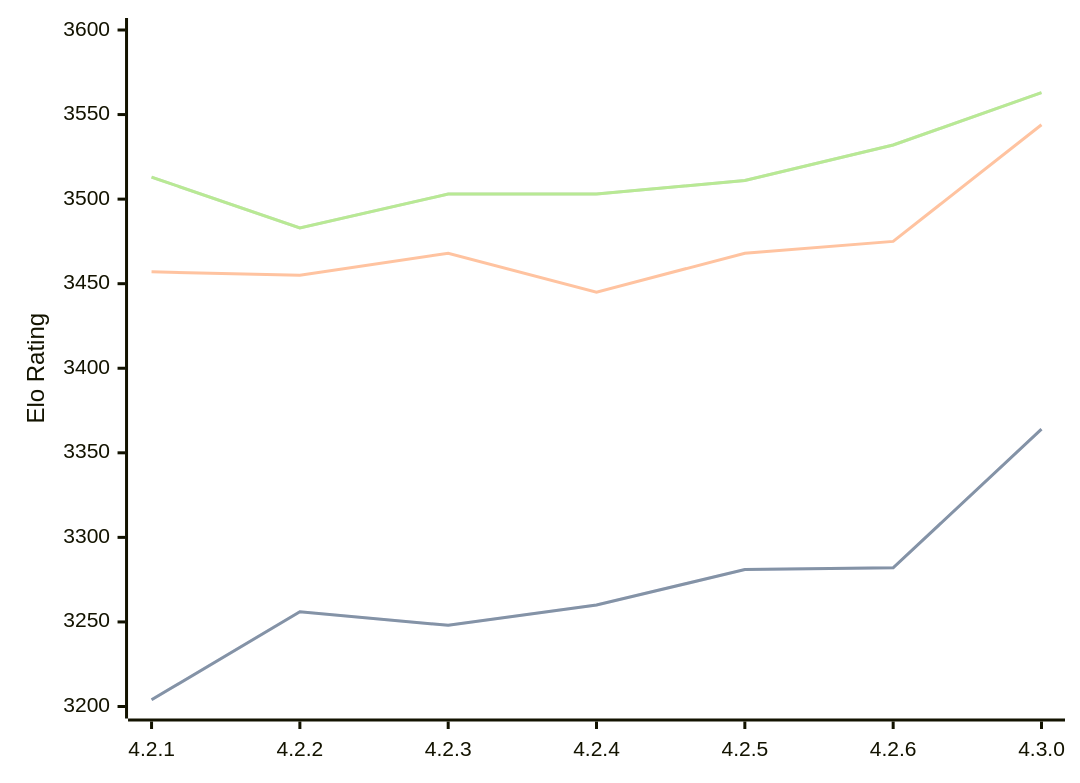
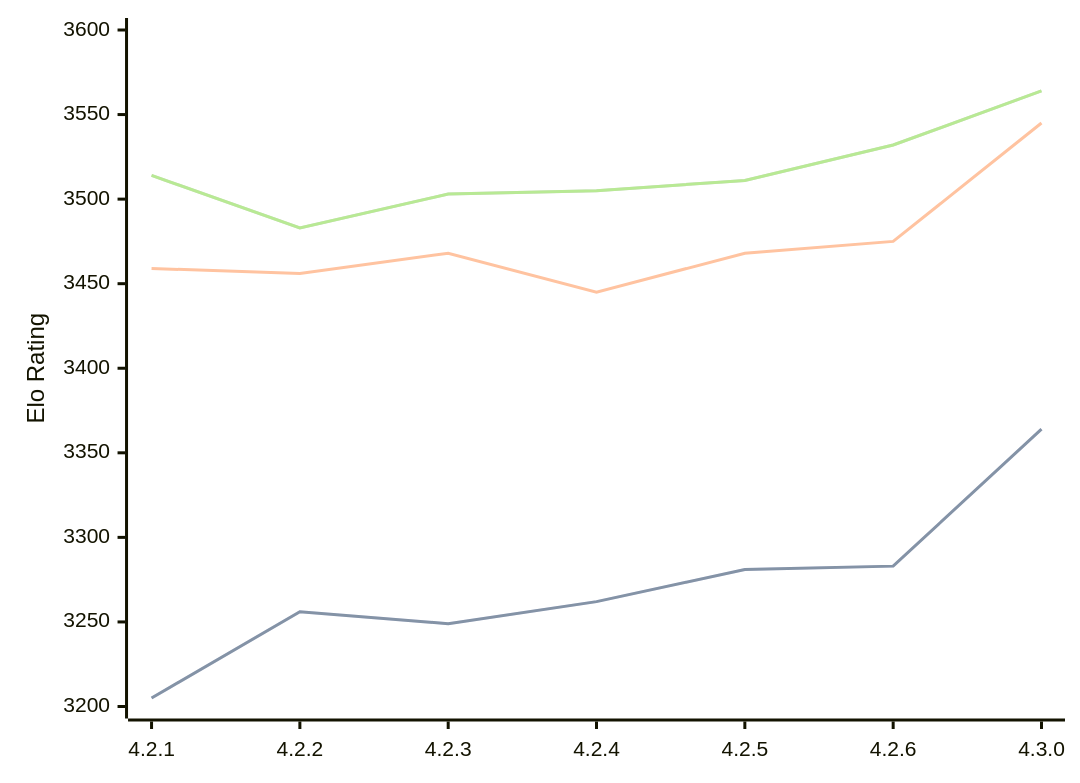
One commit to computer-chess-index/cci changed the diagram in engines/Gaia.md. Above: the diagram before and after it, drawn with Mermaid. The commit also changed other lines of this file, not shown here.

Commit message:
Update CCI Ratings (ELO VLTC) - 2026-10-08

````diff
--- a/engines/Gaia.md
+++ b/engines/Gaia.md
@@ -43,11 +43,11 @@
 ```mermaid
 %%{init: {"theme":"base","themeVariables":{"seriesColors:['#a3a3a3','#222221','#faa371']}}}%%
 xychart-beta
   x-axis ["4.2.1", "4.2.2", "4.2.3", "4.2.4", "4.2.5", "4.2.6", "4.3.0"]
   y-axis "Elo Rating" 3200 --> 3600
-  line "" [3204, 3256, 3248, 3260, 3281, 3282, 3364]
-  line "STC (8.0+0.08s)" [3204, 3256, 3248, 3260, 3281, 3282, 3364]
-  line "LTC (60.0+0.60s)" [3457, 3455, 3468, 3445, 3468, 3475, 3544]
-  line "" [3513, 3483, 3503, 3503, 3511, 3532, 3563]
-  line "VLTC (2m24s+1.12s)" [3513, 3483, 3503, 3503, 3511, 3532, 3563]
+  line "" [3205, 3256, 3249, 3262, 3281, 3283, 3364]
+  line "STC (8.0+0.08s)" [3205, 3256, 3249, 3262, 3281, 3283, 3364]
+  line "LTC (60.0+0.60s)" [3459, 3456, 3468, 3445, 3468, 3475, 3545]
+  line "" [3514, 3483, 3503, 3505, 3511, 3532, 3564]
+  line "VLTC (2m24s+1.12s)" [3514, 3483, 3503, 3505, 3511, 3532, 3564]
 ```
````
